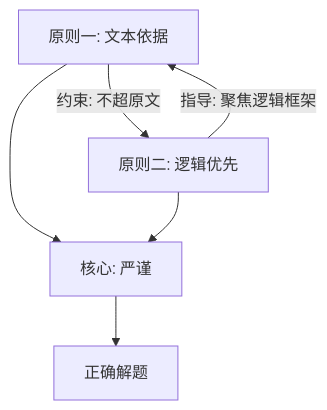
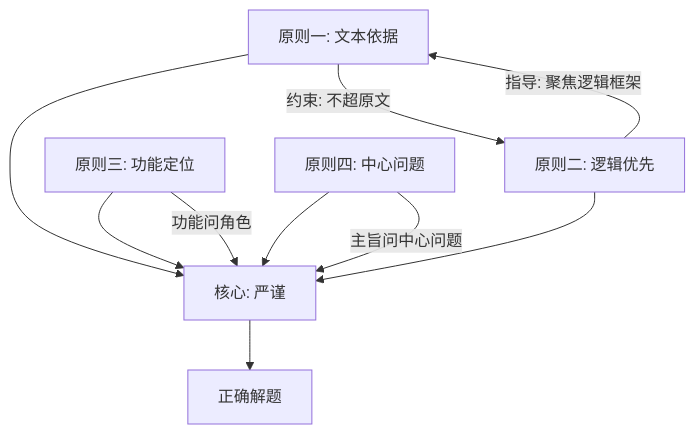
One commit to xieguaiwu/Notes changed the sixth of 6 diagrams in SAT/SAT Reading - Analysis Principles.md. Above: the diagram before and after it, drawn with Mermaid. The commit also changed other lines of this file and 2 other files, not shown here.

````diff
--- a/SAT/SAT Reading - Analysis Principles.md
+++ b/SAT/SAT Reading - Analysis Principles.md
@@ -138,8 +215,12 @@
 ```mermaid
 flowchart TD
     P1[原则一: 文本依据] --> M[核心: 严谨]
     P2[原则二: 逻辑优先] --> M
+    P3[原则三: 功能定位] --> M
+    P4[原则四: 中心问题] --> M
     M --> R[正确解题]
     P1 -->|约束: 不超原文| P2
     P2 -->|指导: 聚焦逻辑框架| P1
+    P3 -->|功能问角色| M
+    P4 -->|主旨问中心问题| M
 ```
````
